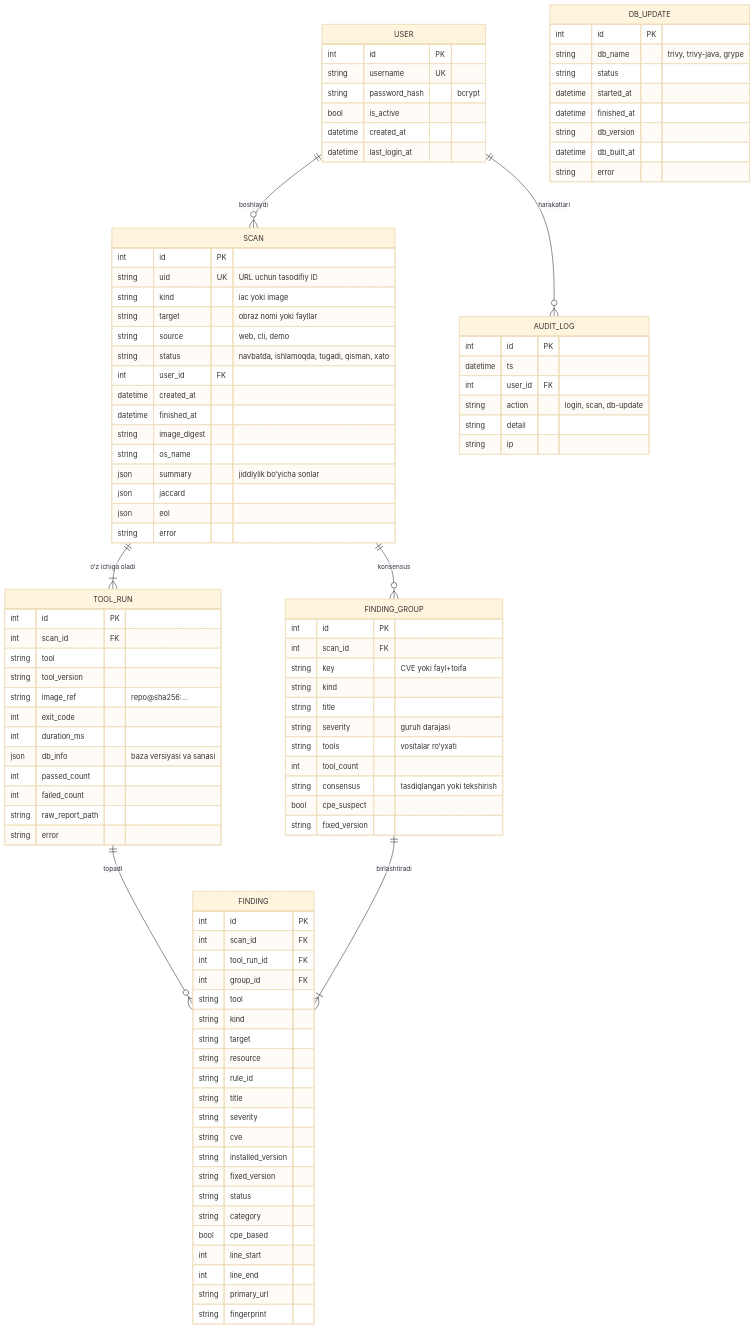
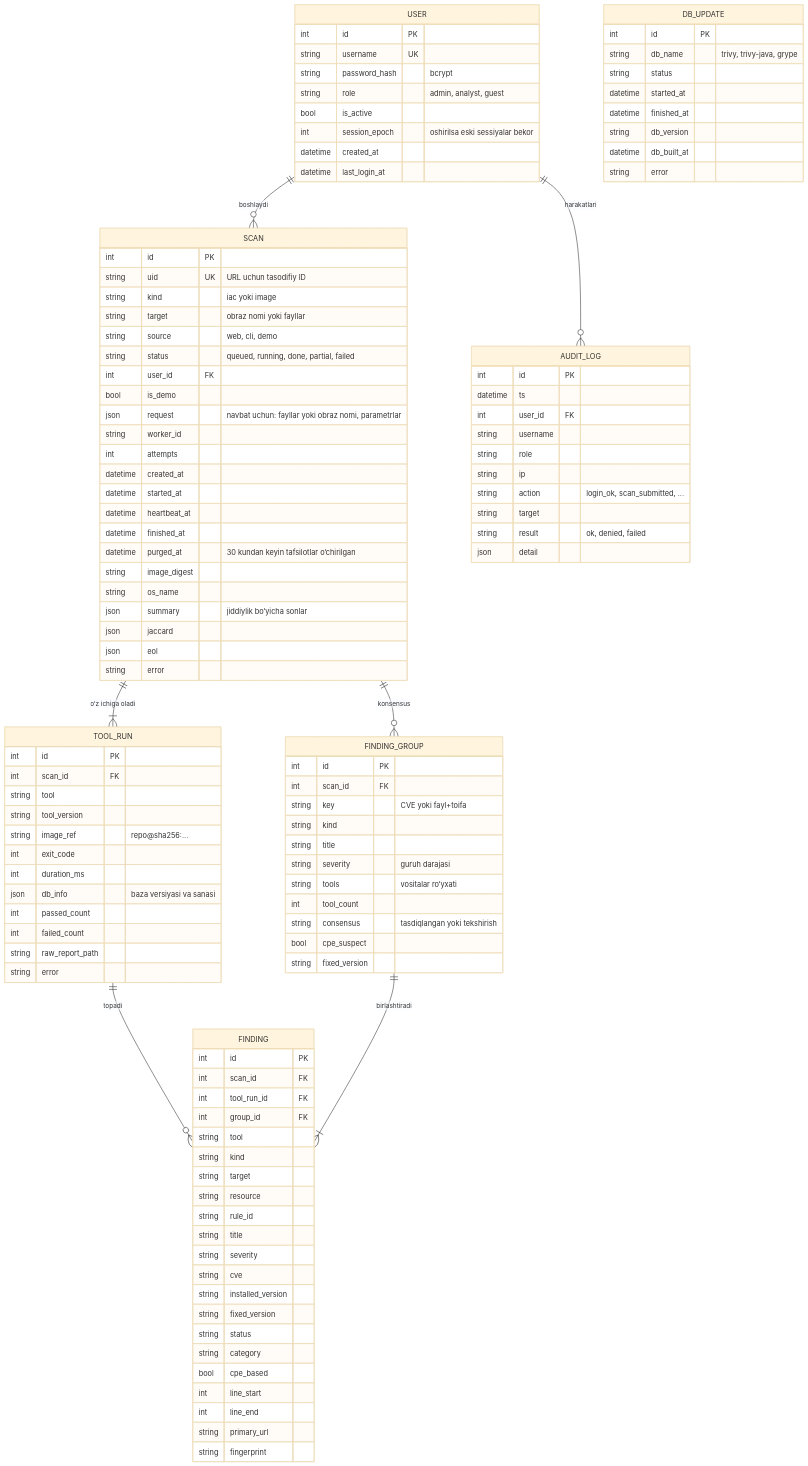
The sixth of 7 diagrams in docs/arxitektura.md (Abduvokhobov5888/blutlik_texnologiya), drawn with Mermaid (base theme) before and after one commit. The commit also changed other lines of this file, not shown here.

````diff
--- a/docs/arxitektura.md
+++ b/docs/arxitektura.md
@@ -521,7 +536,9 @@
         int id PK
         string username UK
         string password_hash "bcrypt"
+        string role "admin, analyst, guest"
         bool is_active
+        int session_epoch "oshirilsa eski sessiyalar bekor"
         datetime created_at
         datetime last_login_at
     }
@@ -531,10 +548,17 @@
         string kind "iac yoki image"
         string target "obraz nomi yoki fayllar"
         string source "web, cli, demo"
-        string status "navbatda, ishlamoqda, tugadi, qisman, xato"
+        string status "queued, running, done, partial, failed"
         int user_id FK
+        bool is_demo
+        json request "navbat uchun: fayllar yoki obraz nomi, parametrlar"
+        string worker_id
+        int attempts
         datetime created_at
+        datetime started_at
+        datetime heartbeat_at
         datetime finished_at
+        datetime purged_at "30 kundan keyin tafsilotlar o‘chirilgan"
         string image_digest
         string os_name
         json summary "jiddiylik bo‘yicha sonlar"
@@ -606,8 +630,12 @@
         int id PK
         datetime ts
         int user_id FK
-        string action "login, scan, db-update"
-        string detail
+        string username
+        string role
         string ip
+        string action "login_ok, scan_submitted, ..."
+        string target
+        string result "ok, denied, failed"
+        json detail
     }
 ```
````
